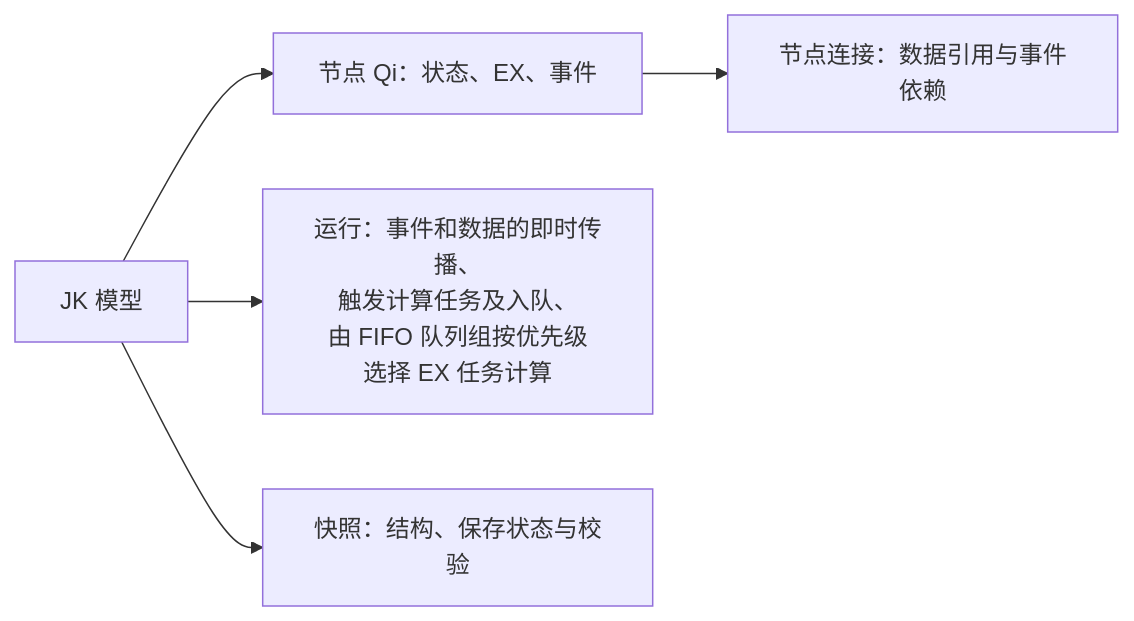
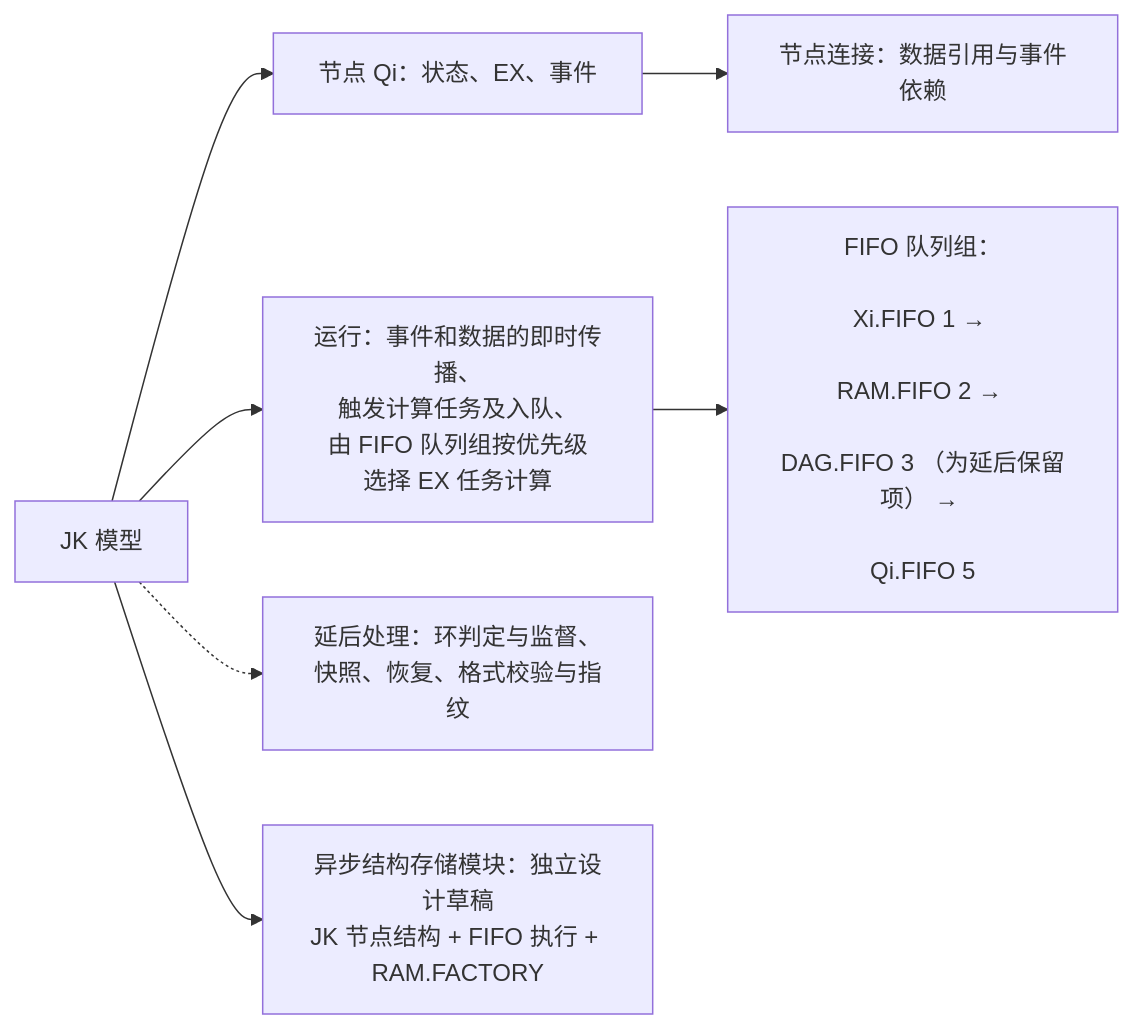
Before and after one commit to cczzrs/JK: the first of 4 diagrams in docs/JKRD.md, drawn with Mermaid. The commit also changed other lines of this file and 9 other files, not shown here.

````diff
--- a/docs/JKRD.md
+++ b/docs/JKRD.md
@@ -27,7 +35,13 @@
 ```mermaid
 flowchart LR
   M["JK 模型"] --> Q["节点 Qi：状态、EX、事件"]
   M --> R["运行：事件和数据的即时传播、<br/>触发计算任务及入队、<br/>由 FIFO 队列组按优先级<br/>选择 EX 任务计算"]
-  M --> S["快照：结构、保存状态与校验"]
+  M -.-> S["延后处理：环判定与监督、<br/>快照、恢复、格式校验与指纹"]
   Q --> C["节点连接：数据引用与事件依赖"]
+  R --> F["FIFO 队列组：
+  <br/>Xi.FIFO 1 → 
+  <br/>RAM.FIFO 2 → 
+  <br/>DAG.FIFO 3 （为延后保留项） → 
+  <br/>Qi.FIFO 5"]
+  M --> A["异步结构存储模块：独立设计草稿<br/>JK 节点结构 + FIFO 执行 + RAM.FACTORY"]
 ```
````
